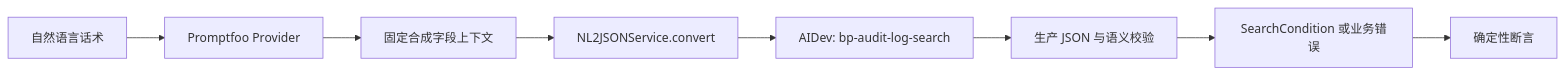
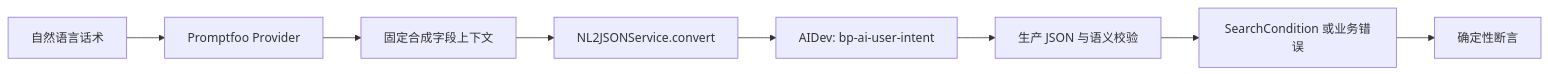
The diagram in src/backend/evals/audit-log-search/README.md (TencentBlueKing/bk-audit), drawn with Mermaid before and after one commit. The commit also changed other lines of this file and 6 other files, not shown here.

````diff
--- a/src/backend/evals/audit-log-search/README.md
+++ b/src/backend/evals/audit-log-search/README.md
@@ -15,10 +15,10 @@
 ```mermaid
 flowchart LR
     Q[自然语言话术] --> P[Promptfoo Provider]
     P --> F[固定合成字段上下文]
     F --> N[NL2JSONService.convert]
-    N --> A[AIDev: bp-audit-log-search]
+    N --> A[AIDev: bp-ai-user-intent]
     A --> V[生产 JSON 与语义校验]
     V --> C[SearchCondition 或业务错误]
     C --> R[确定性断言]
 ```
````
